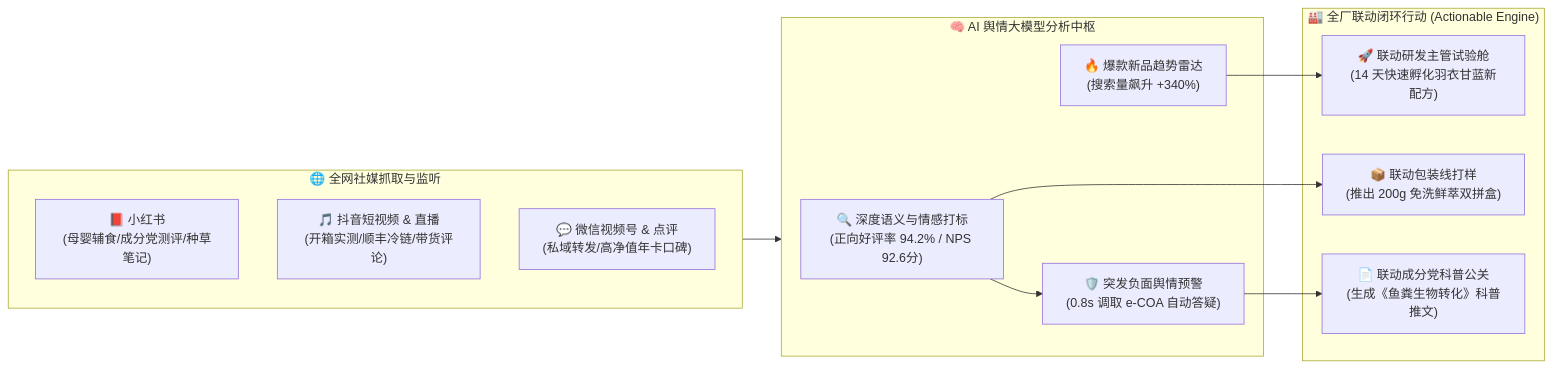
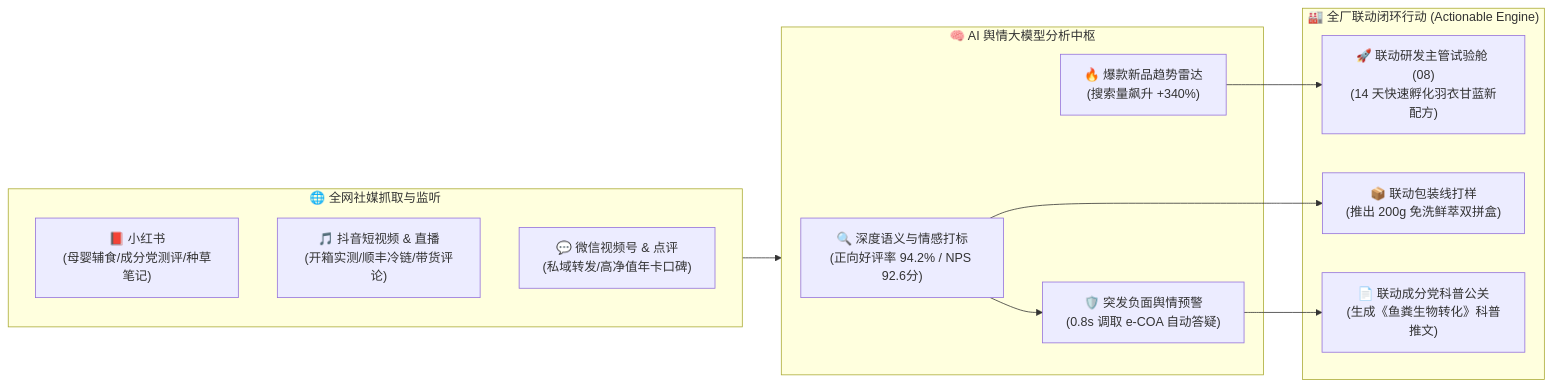
Before and after one commit to digitalboy/aquaponics: the third of 4 diagrams in docs/04_subsystems/06_brand_traceability_crm/README.md, drawn with Mermaid. The commit also changed other lines of this file and 13 other files, not shown here.

````diff
--- a/docs/04_subsystems/06_brand_traceability_crm/README.md
+++ b/docs/04_subsystems/06_brand_traceability_crm/README.md
@@ -235,26 +140,26 @@
 ```mermaid
 flowchart LR
     subgraph Multi_Social ["🌐 全网社媒抓取与监听"]
         XHS["📕 小红书<br>(母婴辅食/成分党测评/种草笔记)"]
         DY["🎵 抖音短视频 & 直播<br>(开箱实测/顺丰冷链/带货评论)"]
         WX["💬 微信视频号 & 点评<br>(私域转发/高净值年卡口碑)"]
     end
 
     subgraph AI_Sentiment_Brain ["🧠 AI 舆情大模型分析中枢"]
         NLP["🔍 深度语义与情感打标<br>(正向好评率 94.2% / NPS 92.6分)"]
         Trend["🔥 爆款新品趋势雷达<br>(搜索量飙升 +340%)"]
         Risk["🛡️ 突发负面舆情预警<br>(0.8s 调取 e-COA 自动答疑)"]
     end
 
     subgraph Factory_Actions ["🏭 全厂联动闭环行动 (Actionable Engine)"]
-        Act_RND["🚀 联动研发主管试验舱<br>(14 天快速孵化羽衣甘蓝新配方)"]
+        Act_RND["🚀 联动研发主管试验舱 (08)<br>(14 天快速孵化羽衣甘蓝新配方)"]
         Act_Pkg["📦 联动包装线打样<br>(推出 200g 免洗鲜萃双拼盒)"]
         Act_PR["📄 联动成分党科普公关<br>(生成《鱼粪生物转化》科普推文)"]
     end
 
     Multi_Social --> AI_Sentiment_Brain
     NLP --> Risk
     Trend --> Act_RND
     NLP --> Act_Pkg
     Risk --> Act_PR
 ```
````
